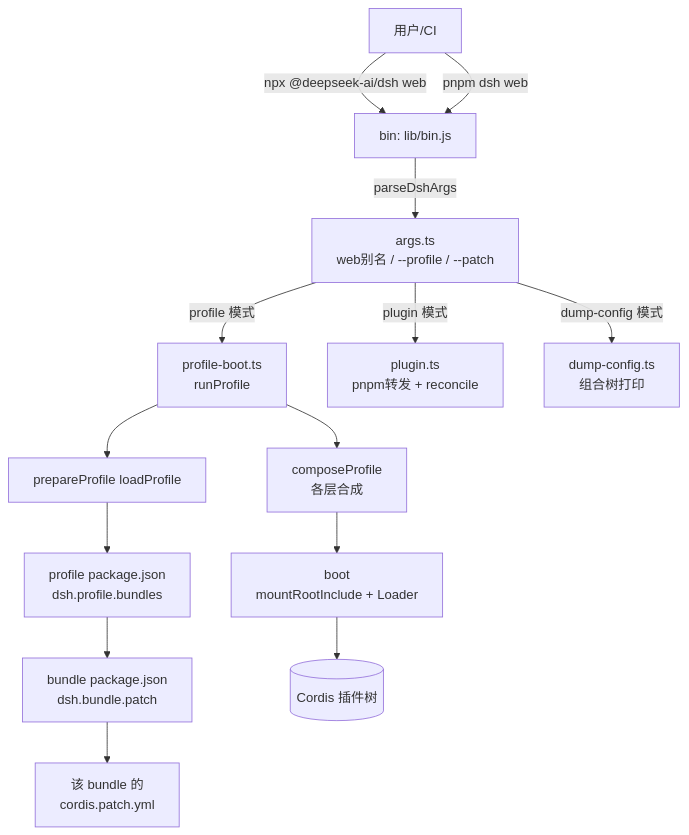
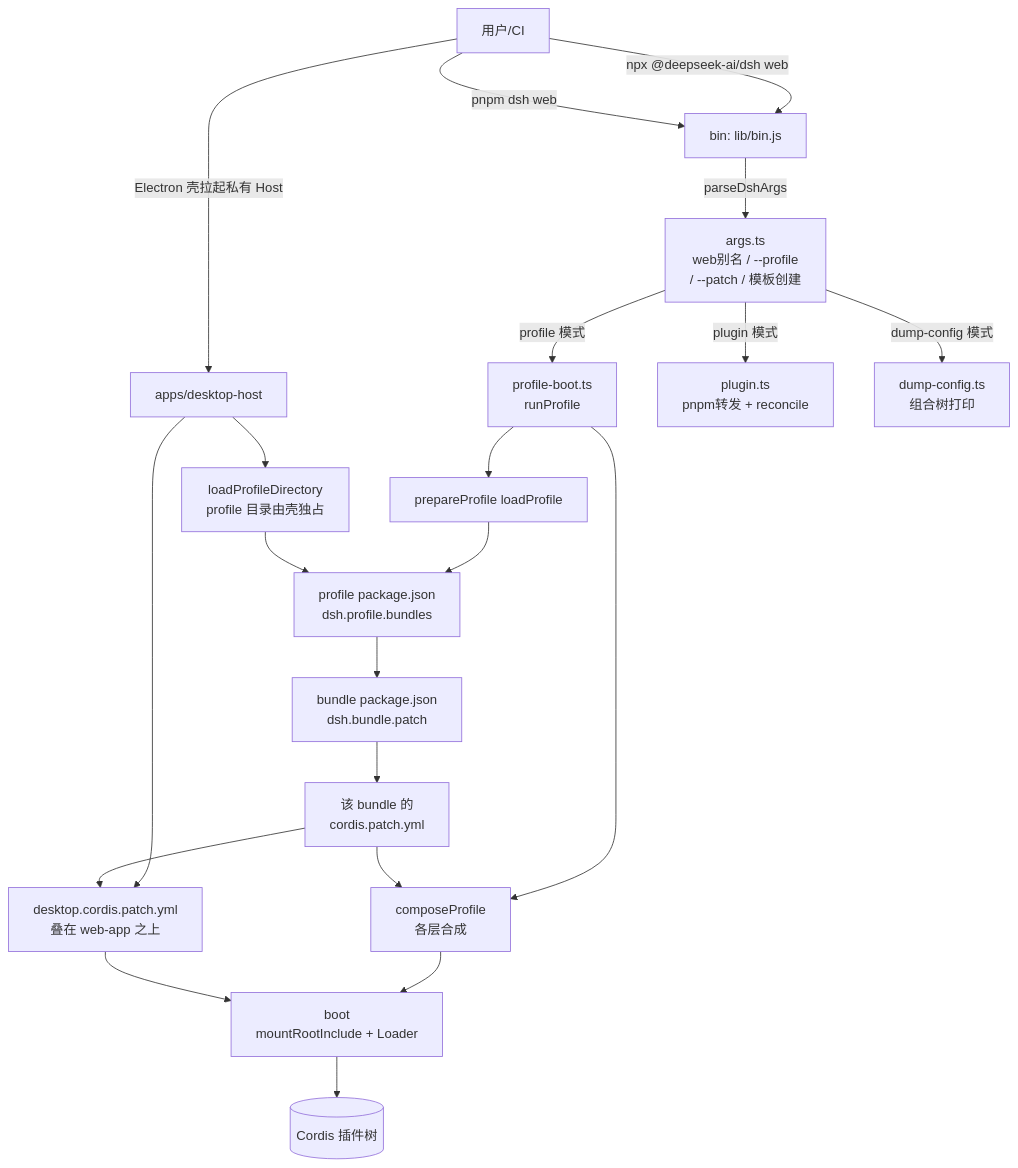
The first of 4 diagrams in ai-agent/deepseek-harness/deployment.md (morehao/oss-insights), drawn with Mermaid before and after one commit. The commit also changed other lines of this file and 27 other files, not shown here.

````diff
--- a/ai-agent/deepseek-harness/deployment.md
+++ b/ai-agent/deepseek-harness/deployment.md
@@ -19,16 +30,23 @@
 ```mermaid
 flowchart TD
     U["用户/CI"] -->|npx @deepseek-ai/dsh web| CLI["bin: lib/bin.js"]
     U -->|pnpm dsh web| CLI
-    CLI -->|parseDshArgs| ARGS["args.ts<br>web别名 / --profile / --patch"]
+    U -->|Electron 壳拉起私有 Host| DTOP["apps/desktop-host"]
+    CLI -->|parseDshArgs| ARGS["args.ts<br>web别名 / --profile<br>/ --patch / 模板创建"]
     ARGS -->|profile 模式| RUN["profile-boot.ts<br>runProfile"]
     ARGS -->|plugin 模式| PLG["plugin.ts<br>pnpm转发 + reconcile"]
     ARGS -->|dump-config 模式| DMP["dump-config.ts<br>组合树打印"]
     RUN --> PREP["prepareProfile loadProfile"]
+    DTOP --> PREP2["loadProfileDirectory<br>profile 目录由壳独占"]
     PREP --> MAN["profile package.json<br>dsh.profile.bundles"]
+    PREP2 --> MAN
     MAN --> BUND["bundle package.json<br>dsh.bundle.patch"]
     BUND --> BUNDP["该 bundle 的<br>cordis.patch.yml"]
     RUN --> COMP["composeProfile<br>各层合成"]
+    DTOP --> COMP2["desktop.cordis.patch.yml<br>叠在 web-app 之上"]
+    BUNDP --> COMP
+    BUNDP --> COMP2
     COMP --> BOOT["boot<br>mountRootInclude + Loader"]
+    COMP2 --> BOOT
     BOOT --> TREE[("Cordis 插件树")]
 ```
````
